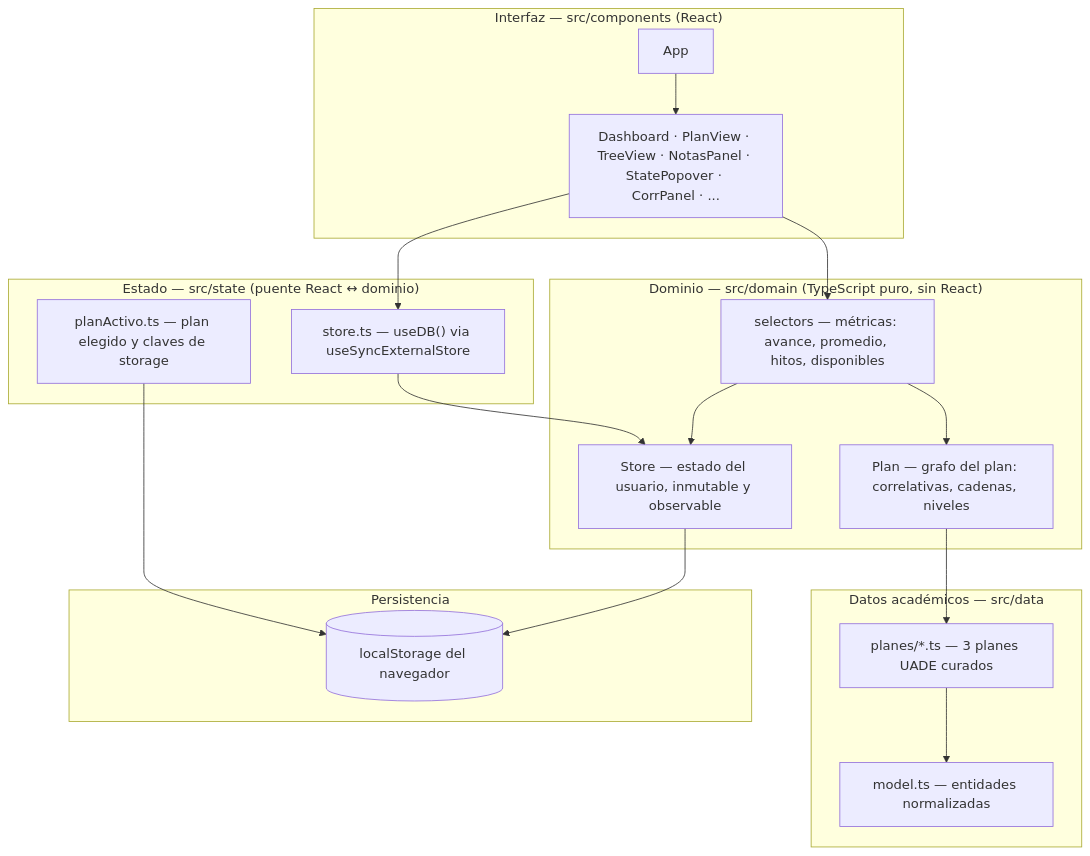
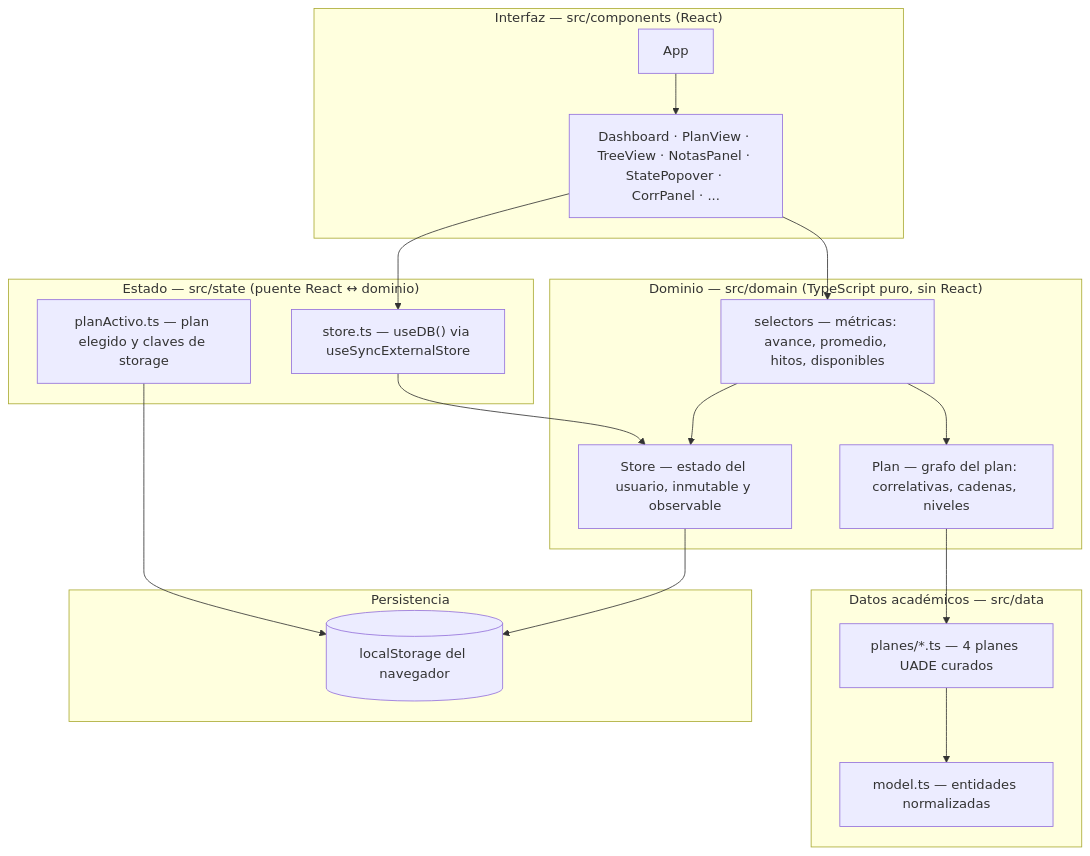
Before and after one commit to luzzaragoza/cuanto-me-falta: the first of 4 diagrams in docs/04-arquitectura.md, drawn with Mermaid. The commit also changed other lines of this file and 19 other files, not shown here.

````diff
--- a/docs/04-arquitectura.md
+++ b/docs/04-arquitectura.md
@@ -26,34 +26,34 @@
 ```mermaid
 %% svg:capas
 flowchart TB
     subgraph UI["Interfaz — src/components (React)"]
         APP["App"]
         VIS["Dashboard · PlanView · TreeView · NotasPanel · StatePopover · CorrPanel · ..."]
     end
     subgraph PUENTE["Estado — src/state (puente React ↔ dominio)"]
         HOOK["store.ts — useDB() via useSyncExternalStore"]
         PLANACT["planActivo.ts — plan elegido y claves de storage"]
     end
     subgraph DOM["Dominio — src/domain (TypeScript puro, sin React)"]
         PLAN["Plan — grafo del plan: correlativas, cadenas, niveles"]
         STORE["Store — estado del usuario, inmutable y observable"]
         SEL["selectors — métricas: avance, promedio, hitos, disponibles"]
     end
     subgraph DATA["Datos académicos — src/data"]
         MODEL["model.ts — entidades normalizadas"]
-        PLANES["planes/*.ts — 3 planes UADE curados"]
+        PLANES["planes/*.ts — 4 planes UADE curados"]
     end
     subgraph PERS["Persistencia"]
         LS[("localStorage del navegador")]
     end
     APP --> VIS
     VIS --> HOOK
     HOOK --> STORE
     VIS --> SEL
     SEL --> PLAN
     SEL --> STORE
     PLAN --> PLANES
     PLANES --> MODEL
     PLANACT --> LS
     STORE --> LS
 ```
````
